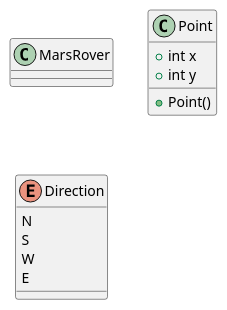
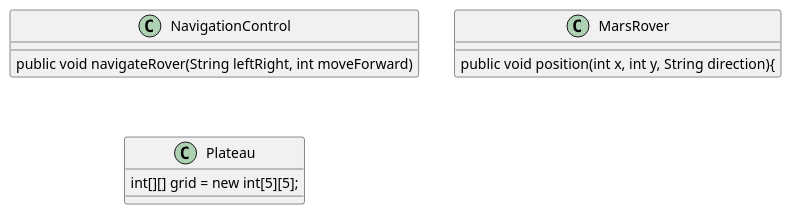
One commit to meenu-mathews/MarsRover changed the diagram in .idea/MarsRover.puml. Above: the diagram before and after it, drawn with PlantUML. The commit also changed 1 other file, not shown here.

Commit message:
Updated UML design

```diff
--- a/.idea/MarsRover.puml
+++ b/.idea/MarsRover.puml
@@ -1,19 +1,15 @@
 @startuml
+
+class NavigationControl{
+public void navigateRover(String leftRight, int moveForward)
+}
 class MarsRover {
+public void position(int x, int y, String direction){
+
 
 }
-
-class Point{
-+ int x
-+ int y
-
-+ Point()
-}
-enum Direction {
-N
-S
-W
-E
+class Plateau{
+int[][] grid = new int[5][5];
 }
 
 @enduml
```
